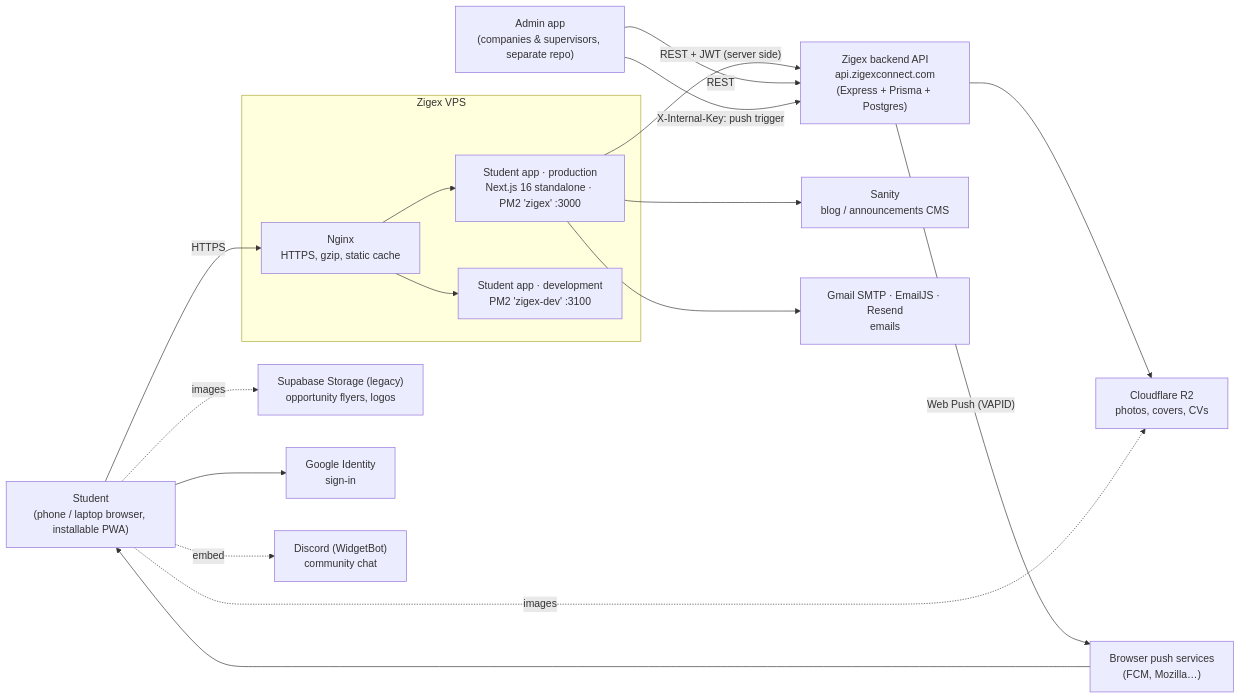
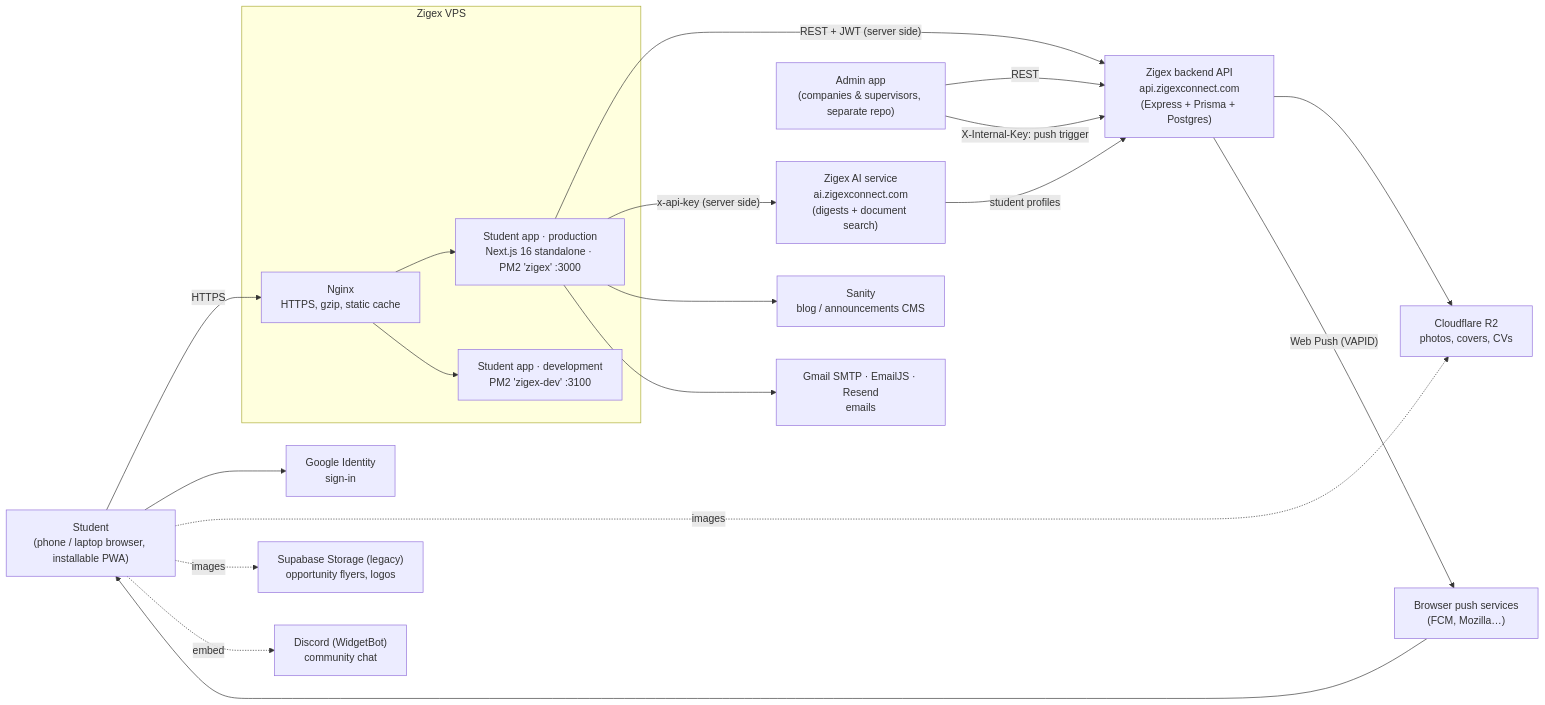
Before and after one commit to zigxconnect/Zigex: the first of 4 diagrams in docs/architecture.md, drawn with Mermaid. The commit also changed other lines of this file and 16 other files, not shown here.

First line of the commit message:
feat: weekly "For you" picks and workspace handbook search (AI service)

````diff
--- a/docs/architecture.md
+++ b/docs/architecture.md
@@ -11,36 +11,39 @@
 ```mermaid
 flowchart LR
   student["Student<br/>(phone / laptop browser, installable PWA)"]
 
   subgraph vps["Zigex VPS"]
     nginx["Nginx<br/>HTTPS, gzip, static cache"]
     prod["Student app · production<br/>Next.js 16 standalone · PM2 'zigex' :3000"]
     dev["Student app · development<br/>PM2 'zigex-dev' :3100"]
   end
 
   api["Zigex backend API<br/>api.zigexconnect.com<br/>(Express + Prisma + Postgres)"]
+  ai["Zigex AI service<br/>ai.zigexconnect.com<br/>(digests + document search)"]
   admin["Admin app<br/>(companies & supervisors, separate repo)"]
   r2["Cloudflare R2<br/>photos, covers, CVs"]
   supa["Supabase Storage (legacy)<br/>opportunity flyers, logos"]
   sanity["Sanity<br/>blog / announcements CMS"]
   google["Google Identity<br/>sign-in"]
   push["Browser push services<br/>(FCM, Mozilla…)"]
   mail["Gmail SMTP · EmailJS · Resend<br/>emails"]
   discord["Discord (WidgetBot)<br/>community chat"]
 
   student -- HTTPS --> nginx
   nginx --> prod
   nginx --> dev
   prod -- "REST + JWT (server side)" --> api
   admin -- "REST" --> api
+  prod -- "x-api-key (server side)" --> ai
+  ai -- "student profiles" --> api
   admin -- "X-Internal-Key: push trigger" --> api
   api --> r2
   api -- "Web Push (VAPID)" --> push
   push --> student
   prod --> sanity
   prod --> mail
   student --> google
   student -. "images" .-> r2
   student -. "images" .-> supa
   student -. "embed" .-> discord
 ```
````
